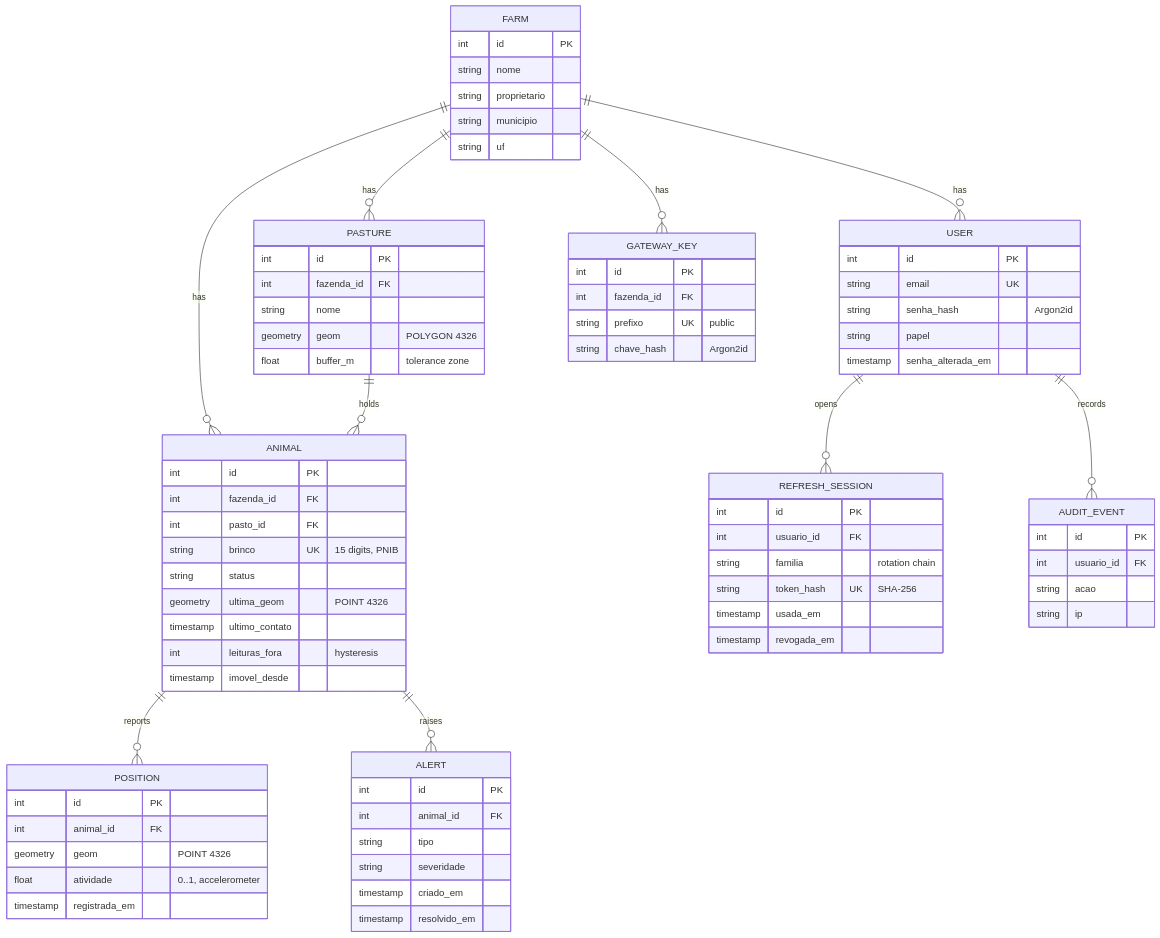
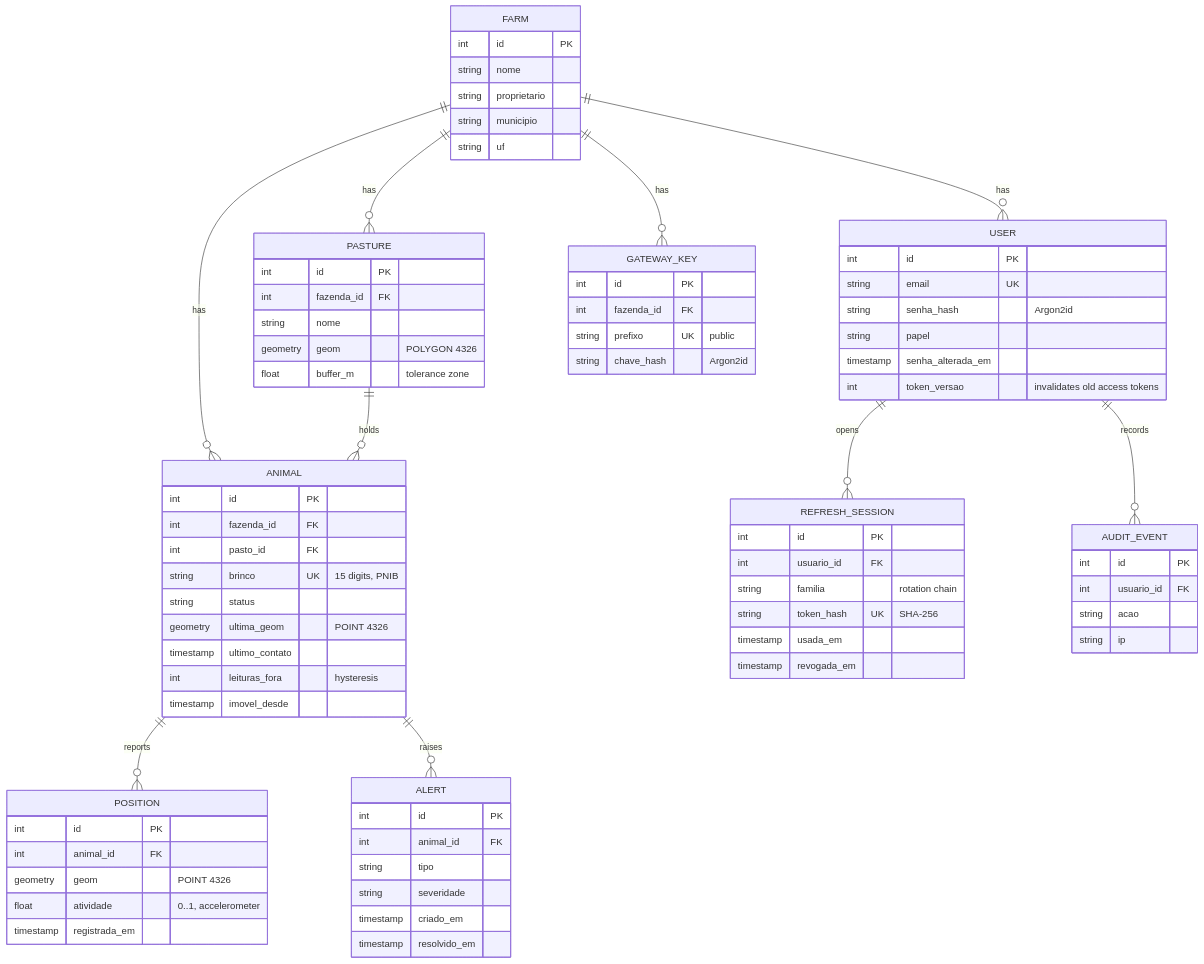
Before and after one commit to madeiragab/rastro: the third of 8 diagrams in docs/architecture.md, drawn with Mermaid. The commit also changed 11 other files, not shown here.

````diff
--- a/docs/architecture.md
+++ b/docs/architecture.md
@@ -79,80 +79,81 @@
 ```mermaid
 erDiagram
     FARM ||--o{ PASTURE : has
     FARM ||--o{ ANIMAL : has
     FARM ||--o{ USER : has
     FARM ||--o{ GATEWAY_KEY : has
     PASTURE ||--o{ ANIMAL : holds
     ANIMAL ||--o{ POSITION : reports
     ANIMAL ||--o{ ALERT : raises
     USER ||--o{ REFRESH_SESSION : opens
     USER ||--o{ AUDIT_EVENT : records
 
     FARM {
         int id PK
         string nome
         string proprietario
         string municipio
         string uf
     }
     PASTURE {
         int id PK
         int fazenda_id FK
         string nome
         geometry geom "POLYGON 4326"
         float buffer_m "tolerance zone"
     }
     ANIMAL {
         int id PK
         int fazenda_id FK
         int pasto_id FK
         string brinco UK "15 digits, PNIB"
         string status
         geometry ultima_geom "POINT 4326"
         timestamp ultimo_contato
         int leituras_fora "hysteresis"
         timestamp imovel_desde
     }
     POSITION {
         int id PK
         int animal_id FK
         geometry geom "POINT 4326"
         float atividade "0..1, accelerometer"
         timestamp registrada_em
     }
     ALERT {
         int id PK
         int animal_id FK
         string tipo
         string severidade
         timestamp criado_em
         timestamp resolvido_em
     }
     USER {
         int id PK
         string email UK
         string senha_hash "Argon2id"
         string papel
         timestamp senha_alterada_em
+        int token_versao "invalidates old access tokens"
     }
     REFRESH_SESSION {
         int id PK
         int usuario_id FK
         string familia "rotation chain"
         string token_hash UK "SHA-256"
         timestamp usada_em
         timestamp revogada_em
     }
     GATEWAY_KEY {
         int id PK
         int fazenda_id FK
         string prefixo UK "public"
         string chave_hash "Argon2id"
     }
     AUDIT_EVENT {
         int id PK
         int usuario_id FK
         string acao
         string ip
     }
 ```
````
